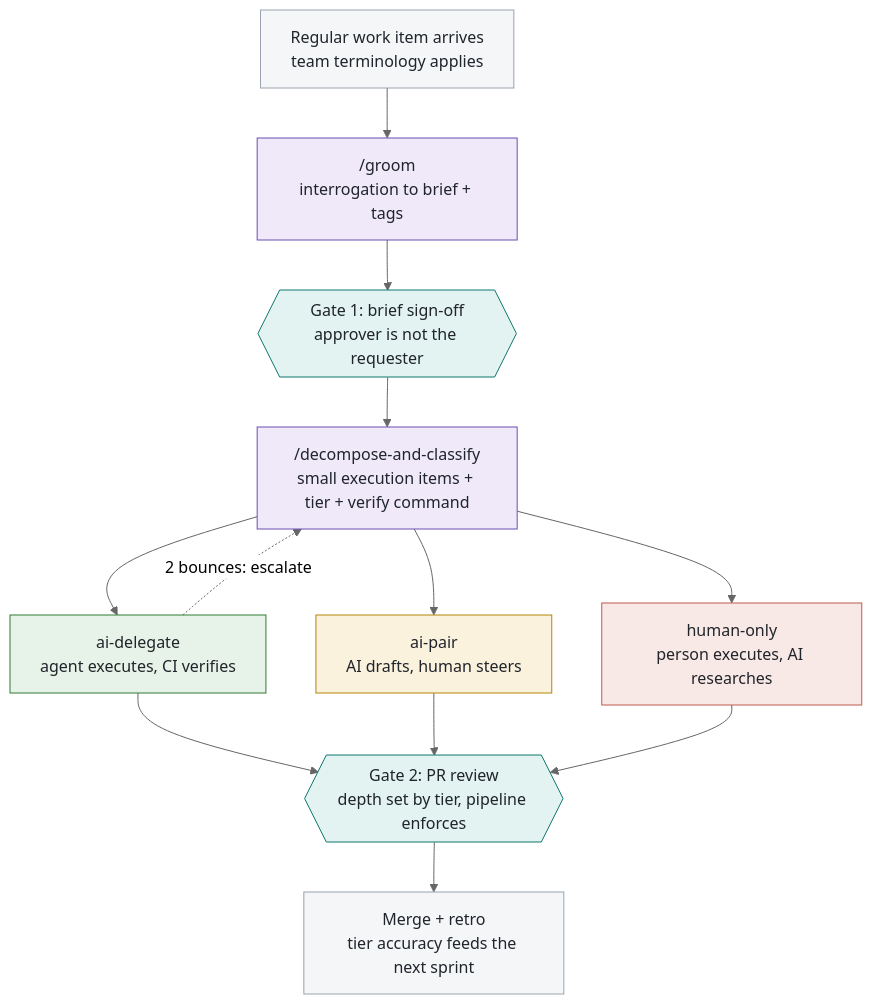
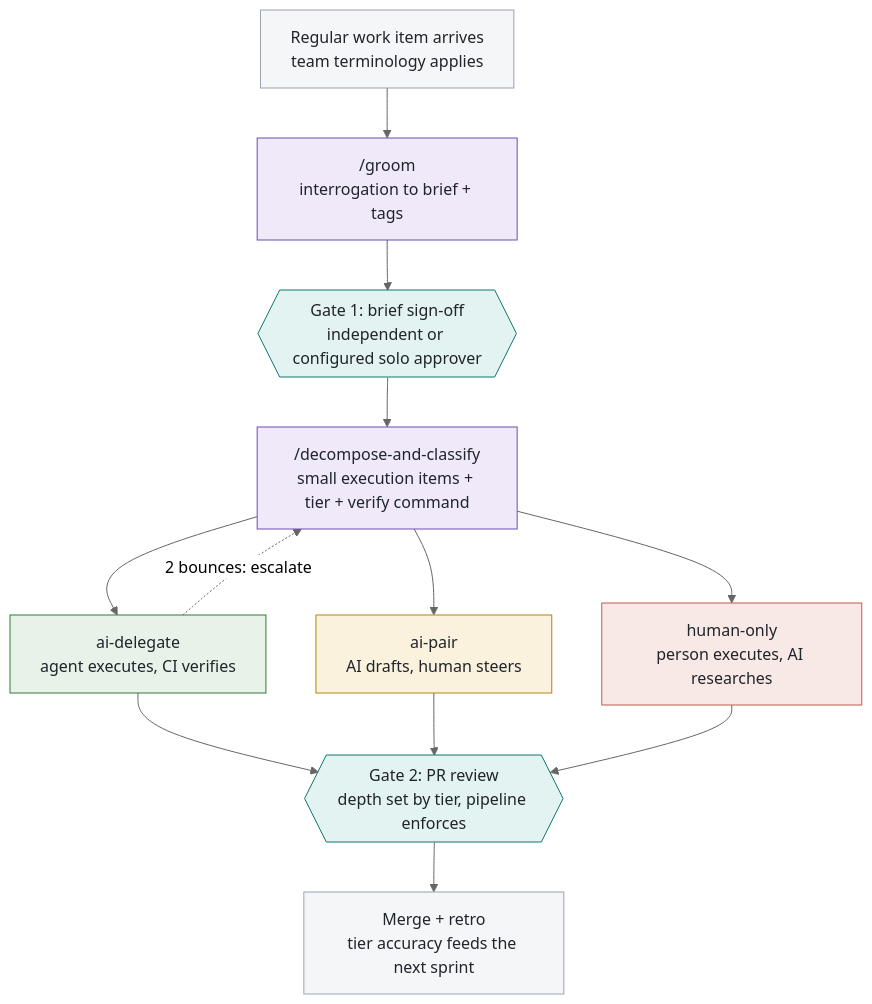
The first of 4 diagrams in whitepaper.md (izavdev/ai_first), drawn with Mermaid (neutral theme) before and after one commit. The commit also changed other lines of this file and 14 other files, not shown here.

````diff
--- a/whitepaper.md
+++ b/whitepaper.md
@@ -55,35 +55,35 @@
 ```mermaid
 flowchart TD
     A["Regular work item arrives<br/>team terminology applies"]
     B["/groom<br/>interrogation to brief + tags"]
-    C{{"Gate 1: brief sign-off<br/>approver is not the requester"}}
+    C{{"Gate 1: brief sign-off<br/>independent or configured solo approver"}}
     D["/decompose-and-classify<br/>small execution items + tier + verify command"]
     E["ai-delegate<br/>agent executes, CI verifies"]
     F["ai-pair<br/>AI drafts, human steers"]
     G["human-only<br/>person executes, AI researches"]
     H{{"Gate 2: PR review<br/>depth set by tier, pipeline enforces"}}
     I["Merge + retro<br/>tier accuracy feeds the next sprint"]
 
     A --> B --> C --> D
     D --> E
     D --> F
     D --> G
     E --> H
     F --> H
     G --> H
     H --> I
     E -. "2 bounces: escalate" .-> D
 
     classDef skill fill:#efe9fa,stroke:#6d4fb3,color:#20242b
     classDef gate fill:#e2f3f1,stroke:#0f766e,color:#20242b
     classDef delegate fill:#e7f3e8,stroke:#2e7d32,color:#20242b
     classDef pair fill:#faf2dd,stroke:#b5850b,color:#20242b
     classDef human fill:#f9e9e6,stroke:#c05b4d,color:#20242b
     classDef plain fill:#f4f6f8,stroke:#9aa3af,color:#20242b
     class B,D skill
     class C,H gate
     class E delegate
     class F pair
     class G human
     class A,I plain
 ```
````
